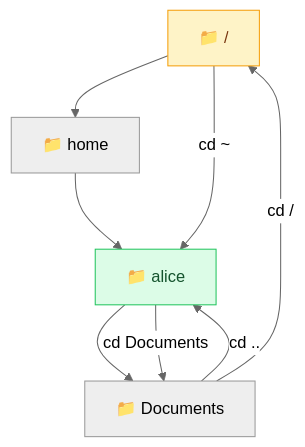
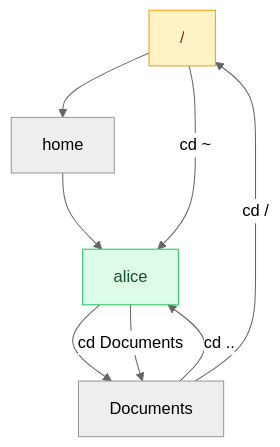
The second of 3 diagrams in methodologie-securite-it/linux/03-navigation-fichiers.md (GoobyWoobies/HEIA-IT), drawn with Mermaid (neutral theme) before and after one commit. The commit also changed other lines of this file and 24 other files, not shown here.

````diff
--- a/methodologie-securite-it/linux/03-navigation-fichiers.md
+++ b/methodologie-securite-it/linux/03-navigation-fichiers.md
@@ -168,14 +168,14 @@
 ```mermaid
 flowchart TB
-    R["📁 /"] --> H["📁 home"]
-    H --> A["📁 alice"]
-    A --> D["📁 Documents"]
+    R["/"] --> H["home"]
+    H --> A["alice"]
+    A --> D["Documents"]
 
     D -->|"cd .."| A
     A -->|"cd Documents"| D
     D -->|"cd /"| R
     R -->|"cd ~"| A
 
     style A fill:#dcfce7,stroke:#22c55e,color:#14532d
     style R fill:#fef3c7,stroke:#f59e0b,color:#78350f
 ```
````
